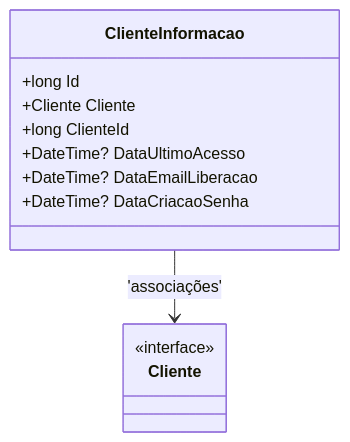
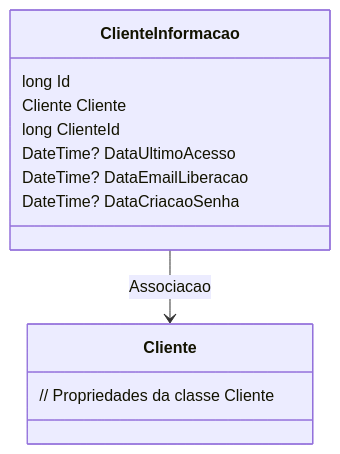
Before and after one commit to IsthmusSistemas/documentacao-tecnica: the diagram in docs/b2b-dominio/IsthmusWinthor.Nucleo/IsthmusWinthor.Dominio/Entidades/ClienteInformacao.md, drawn with Mermaid. The commit also changed other lines of this file and 882 other files, not shown here.

````diff
--- a/docs/b2b-dominio/IsthmusWinthor.Nucleo/IsthmusWinthor.Dominio/Entidades/ClienteInformacao.md
+++ b/docs/b2b-dominio/IsthmusWinthor.Nucleo/IsthmusWinthor.Dominio/Entidades/ClienteInformacao.md
@@ -21,17 +24,17 @@
 ```mermaid
 classDiagram
     class ClienteInformacao {
-        +long Id
-        +Cliente Cliente
-        +long ClienteId
-        +DateTime? DataUltimoAcesso
-        +DateTime? DataEmailLiberacao
-        +DateTime? DataCriacaoSenha
+        long Id
+        Cliente Cliente
+        long ClienteId
+        DateTime? DataUltimoAcesso
+        DateTime? DataEmailLiberacao
+        DateTime? DataCriacaoSenha
+    }
+    
+    class Cliente {
+        // Propriedades da classe Cliente
     }
 
-    class Cliente {
-        <<interface>>
-    }
-
-    ClienteInformacao --> Cliente : 'associações'
+    ClienteInformacao --> Cliente : Associacao
 ```
````
